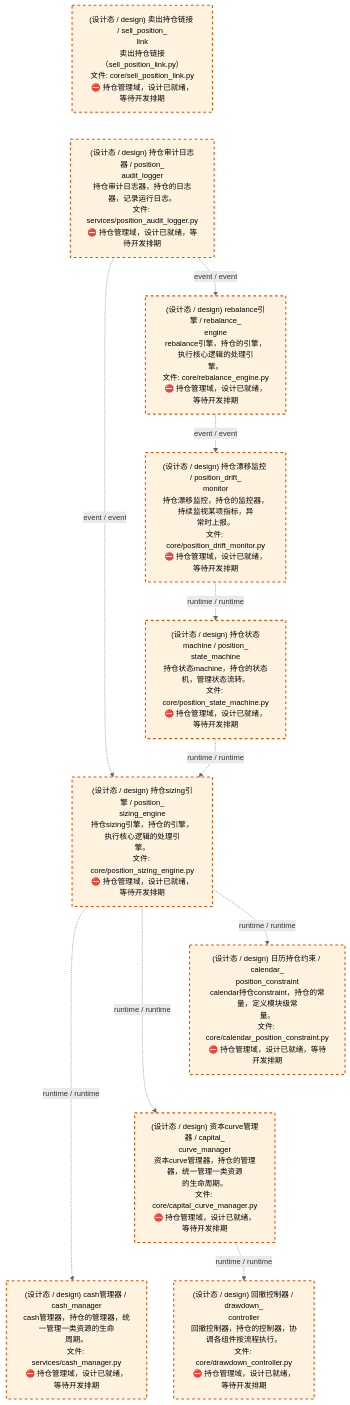
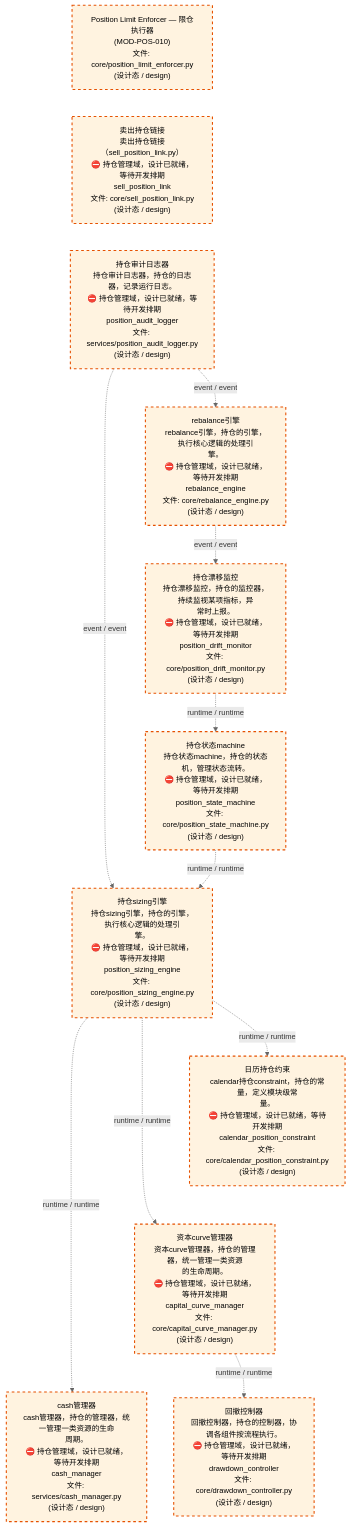
The third of 4 diagrams in docs/02_enterprise_architecture/02_domain_architecture_docs/64_d_position.md (xuanFelixVan/ZephyrAlpha), drawn with Mermaid before and after one commit. The commit also changed other lines of this file and 62 other files, not shown here.

````diff
--- a/docs/02_enterprise_architecture/02_domain_architecture_docs/64_d_position.md
+++ b/docs/02_enterprise_architecture/02_domain_architecture_docs/64_d_position.md
@@ -116,31 +118,33 @@
 ```mermaid
 %%{init: {'theme': 'base', 'themeVariables': {'primaryColor': '#eaeaea', 'primaryTextColor': '#333333', 'primaryBorderColor': '#666666', 'lineColor': '#666666', 'secondaryColor': '#eaeaea', 'tertiaryColor': '#eaeaea', 'fontSize': '14px'}}}%%
 flowchart TD
-    src_zephyr_position_core_sell_position_link_py["(设计态 / design) 卖出持仓链接 / sell_position_<br/>link<br/>卖出持仓链接（sell_position_link.py）<br/>文件: core/sell_position_link.py<br/>⛔ 持仓管理域，设计已就绪，等待开发排期"]
-    src_zephyr_position_services_position_audit_logger_py["(设计态 / design) 持仓审计日志器 / position_<br/>audit_logger<br/>持仓审计日志器，持仓的日志器，记录运行日志。<br/>文件: services/position_audit_logger.py<br/>⛔ 持仓管理域，设计已就绪，等待开发排期"]
+    src_zephyr_position_core_position_limit_enforcer_py["Position Limit Enforcer — 限仓执行器<br/>(MOD-POS-010)<br/>文件: core/position_limit_enforcer.py<br/>(设计态 / design)"]
+    src_zephyr_position_core_sell_position_link_py["卖出持仓链接<br/>卖出持仓链接（sell_position_link.py）<br/>⛔ 持仓管理域，设计已就绪，等待开发排期<br/>sell_position_link<br/>文件: core/sell_position_link.py<br/>(设计态 / design)"]
+    src_zephyr_position_services_position_audit_logger_py["持仓审计日志器<br/>持仓审计日志器，持仓的日志器，记录运行日志。<br/>⛔ 持仓管理域，设计已就绪，等待开发排期<br/>position_audit_logger<br/>文件: services/position_audit_logger.py<br/>(设计态 / design)"]
+    src_zephyr_position_core_position_limit_enforcer_py ~~~ src_zephyr_position_core_sell_position_link_py
     src_zephyr_position_core_sell_position_link_py ~~~ src_zephyr_position_services_position_audit_logger_py
-    src_zephyr_position_core_rebalance_engine_py["(设计态 / design) rebalance引擎 / rebalance_<br/>engine<br/>rebalance引擎，持仓的引擎，执行核心逻辑的处理引<br/>擎。<br/>文件: core/rebalance_engine.py<br/>⛔ 持仓管理域，设计已就绪，等待开发排期"]
-    src_zephyr_position_core_position_drift_monitor_py["(设计态 / design) 持仓漂移监控 / position_drift_<br/>monitor<br/>持仓漂移监控，持仓的监控器，持续监视某项指标，异<br/>常时上报。<br/>文件: core/position_drift_monitor.py<br/>⛔ 持仓管理域，设计已就绪，等待开发排期"]
-    src_zephyr_position_core_position_state_machine_py["(设计态 / design) 持仓状态machine / position_<br/>state_machine<br/>持仓状态machine，持仓的状态机，管理状态流转。<br/>文件: core/position_state_machine.py<br/>⛔ 持仓管理域，设计已就绪，等待开发排期"]
-    src_zephyr_position_core_position_sizing_engine_py["(设计态 / design) 持仓sizing引擎 / position_<br/>sizing_engine<br/>持仓sizing引擎，持仓的引擎，执行核心逻辑的处理引<br/>擎。<br/>文件: core/position_sizing_engine.py<br/>⛔ 持仓管理域，设计已就绪，等待开发排期"]
-    src_zephyr_position_core_calendar_position_constraint_py["(设计态 / design) 日历持仓约束 / calendar_<br/>position_constraint<br/>calendar持仓constraint，持仓的常量，定义模块级常<br/>量。<br/>文件: core/calendar_position_constraint.py<br/>⛔ 持仓管理域，设计已就绪，等待开发排期"]
-    src_zephyr_position_core_capital_curve_manager_py["(设计态 / design) 资本curve管理器 / capital_<br/>curve_manager<br/>资本curve管理器，持仓的管理器，统一管理一类资源<br/>的生命周期。<br/>文件: core/capital_curve_manager.py<br/>⛔ 持仓管理域，设计已就绪，等待开发排期"]
-    src_zephyr_position_services_cash_manager_py["(设计态 / design) cash管理器 / cash_manager<br/>cash管理器，持仓的管理器，统一管理一类资源的生命<br/>周期。<br/>文件: services/cash_manager.py<br/>⛔ 持仓管理域，设计已就绪，等待开发排期"]
+    src_zephyr_position_core_rebalance_engine_py["rebalance引擎<br/>rebalance引擎，持仓的引擎，执行核心逻辑的处理引<br/>擎。<br/>⛔ 持仓管理域，设计已就绪，等待开发排期<br/>rebalance_engine<br/>文件: core/rebalance_engine.py<br/>(设计态 / design)"]
+    src_zephyr_position_core_position_drift_monitor_py["持仓漂移监控<br/>持仓漂移监控，持仓的监控器，持续监视某项指标，异<br/>常时上报。<br/>⛔ 持仓管理域，设计已就绪，等待开发排期<br/>position_drift_monitor<br/>文件: core/position_drift_monitor.py<br/>(设计态 / design)"]
+    src_zephyr_position_core_position_state_machine_py["持仓状态machine<br/>持仓状态machine，持仓的状态机，管理状态流转。<br/>⛔ 持仓管理域，设计已就绪，等待开发排期<br/>position_state_machine<br/>文件: core/position_state_machine.py<br/>(设计态 / design)"]
+    src_zephyr_position_core_position_sizing_engine_py["持仓sizing引擎<br/>持仓sizing引擎，持仓的引擎，执行核心逻辑的处理引<br/>擎。<br/>⛔ 持仓管理域，设计已就绪，等待开发排期<br/>position_sizing_engine<br/>文件: core/position_sizing_engine.py<br/>(设计态 / design)"]
+    src_zephyr_position_core_calendar_position_constraint_py["日历持仓约束<br/>calendar持仓constraint，持仓的常量，定义模块级常<br/>量。<br/>⛔ 持仓管理域，设计已就绪，等待开发排期<br/>calendar_position_constraint<br/>文件: core/calendar_position_constraint.py<br/>(设计态 / design)"]
+    src_zephyr_position_core_capital_curve_manager_py["资本curve管理器<br/>资本curve管理器，持仓的管理器，统一管理一类资源<br/>的生命周期。<br/>⛔ 持仓管理域，设计已就绪，等待开发排期<br/>capital_curve_manager<br/>文件: core/capital_curve_manager.py<br/>(设计态 / design)"]
+    src_zephyr_position_services_cash_manager_py["cash管理器<br/>cash管理器，持仓的管理器，统一管理一类资源的生命<br/>周期。<br/>⛔ 持仓管理域，设计已就绪，等待开发排期<br/>cash_manager<br/>文件: services/cash_manager.py<br/>(设计态 / design)"]
     src_zephyr_position_core_calendar_position_constraint_py ~~~ src_zephyr_position_core_capital_curve_manager_py
     src_zephyr_position_core_capital_curve_manager_py ~~~ src_zephyr_position_services_cash_manager_py
-    src_zephyr_position_core_drawdown_controller_py["(设计态 / design) 回撤控制器 / drawdown_<br/>controller<br/>回撤控制器，持仓的控制器，协调各组件按流程执行。<br/>文件: core/drawdown_controller.py<br/>⛔ 持仓管理域，设计已就绪，等待开发排期"]
+    src_zephyr_position_core_drawdown_controller_py["回撤控制器<br/>回撤控制器，持仓的控制器，协调各组件按流程执行。<br/>⛔ 持仓管理域，设计已就绪，等待开发排期<br/>drawdown_controller<br/>文件: core/drawdown_controller.py<br/>(设计态 / design)"]
     src_zephyr_position_core_position_sizing_engine_py -.->|runtime / runtime| src_zephyr_position_services_cash_manager_py
     src_zephyr_position_core_position_sizing_engine_py -.->|runtime / runtime| src_zephyr_position_core_capital_curve_manager_py
     src_zephyr_position_core_position_sizing_engine_py -.->|runtime / runtime| src_zephyr_position_core_calendar_position_constraint_py
     src_zephyr_position_core_position_state_machine_py -.->|runtime / runtime| src_zephyr_position_core_position_sizing_engine_py
     src_zephyr_position_core_position_drift_monitor_py -.->|runtime / runtime| src_zephyr_position_core_position_state_machine_py
     src_zephyr_position_core_rebalance_engine_py -.->|event / event| src_zephyr_position_core_position_drift_monitor_py
     src_zephyr_position_core_capital_curve_manager_py -.->|runtime / runtime| src_zephyr_position_core_drawdown_controller_py
     src_zephyr_position_services_position_audit_logger_py -.->|event / event| src_zephyr_position_core_position_sizing_engine_py
     src_zephyr_position_services_position_audit_logger_py -.->|event / event| src_zephyr_position_core_rebalance_engine_py
     classDef production fill:#e1f5fe,stroke:#01579b,stroke-width:2px,color:#000
     classDef design fill:#fff3e0,stroke:#e65100,stroke-width:2px,color:#000,stroke-dasharray: 5 5
     classDef external_prod fill:#e8f4fd,stroke:#0277bd,stroke-width:1px,color:#000
     classDef external_design fill:#fff8e7,stroke:#ef6c00,stroke-width:1px,color:#000,stroke-dasharray: 5 5
-    class src_zephyr_position_core_calendar_position_constraint_py,src_zephyr_position_core_capital_curve_manager_py,src_zephyr_position_core_drawdown_controller_py,src_zephyr_position_core_position_drift_monitor_py,src_zephyr_position_core_position_sizing_engine_py,src_zephyr_position_core_position_state_machine_py,src_zephyr_position_core_rebalance_engine_py,src_zephyr_position_core_sell_position_link_py,src_zephyr_position_services_cash_manager_py,src_zephyr_position_services_position_audit_logger_py design
+    class src_zephyr_position_core_calendar_position_constraint_py,src_zephyr_position_core_capital_curve_manager_py,src_zephyr_position_core_drawdown_controller_py,src_zephyr_position_core_position_drift_monitor_py,src_zephyr_position_core_position_limit_enforcer_py,src_zephyr_position_core_position_sizing_engine_py,src_zephyr_position_core_position_state_machine_py,src_zephyr_position_core_rebalance_engine_py,src_zephyr_position_core_sell_position_link_py,src_zephyr_position_services_cash_manager_py,src_zephyr_position_services_position_audit_logger_py design
 ```
````
